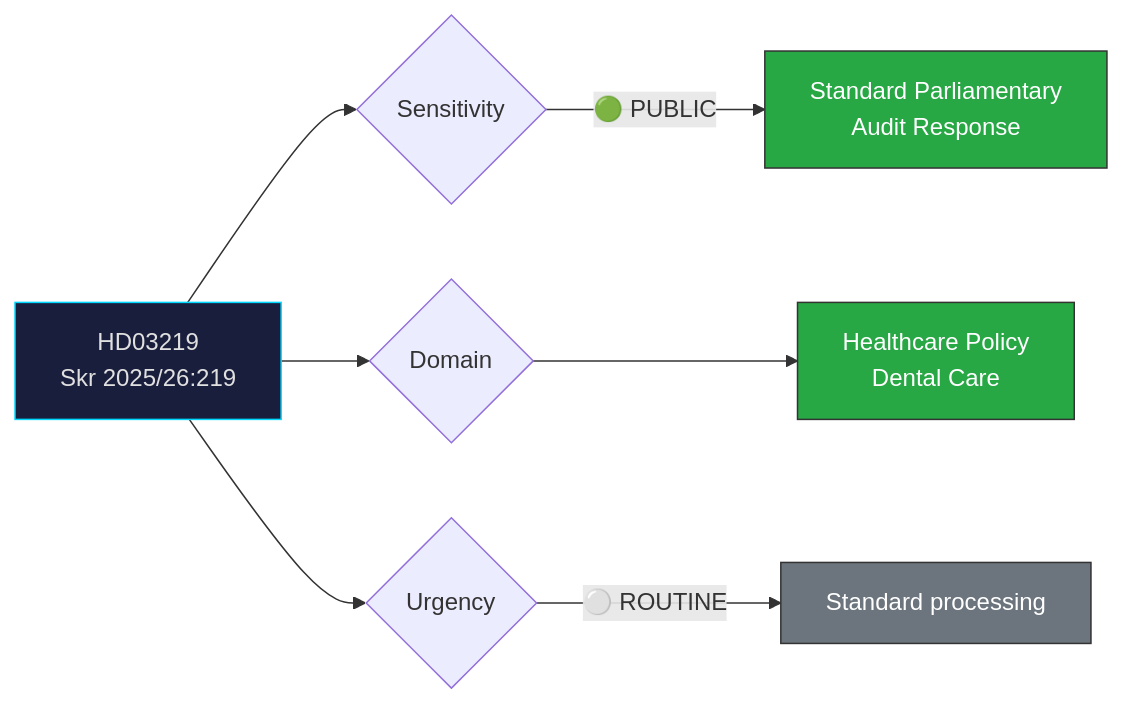
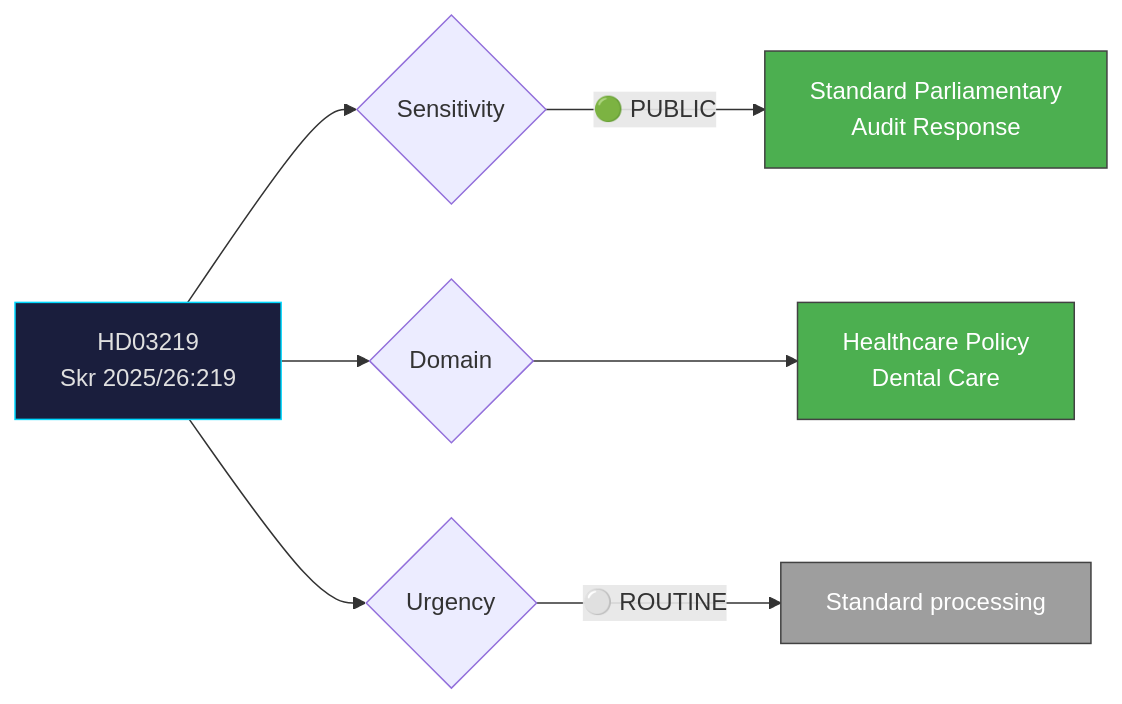
Before and after one commit to Hack23/riksdagsmonitor: the diagram in analysis/daily/2026-04-08/realtime-1027/documents/hd03219-analysis.md, drawn with Mermaid. The commit also changed 785 other files, not shown here.

First line of the commit message:
Normalize mermaid colors across 786 analysis artifacts to ISMS Style Guide palette

````diff
--- a/analysis/daily/2026-04-08/realtime-1027/documents/hd03219-analysis.md
+++ b/analysis/daily/2026-04-08/realtime-1027/documents/hd03219-analysis.md
@@ -25,16 +25,16 @@
 ```mermaid
 graph LR
     A["HD03219<br/>Skr 2025/26:219"] --> B{"Sensitivity"}
     B -->|"🟢 PUBLIC"| E["Standard Parliamentary<br/>Audit Response"]
     
     A --> G{"Domain"}
     G --> H["Healthcare Policy<br/>Dental Care"]
     
     A --> I{"Urgency"}
     I -->|"⚪ ROUTINE"| M["Standard processing"]
     
     style A fill:#1a1e3d,stroke:#00d9ff,color:#e0e0e0
-    style E fill:#28a745,stroke:#333,color:#fff
-    style H fill:#28a745,stroke:#333,color:#fff
-    style M fill:#6c757d,stroke:#333,color:#fff
+    style E fill:#4CAF50,stroke:#424242,color:#FFFFFF
+    style H fill:#4CAF50,stroke:#424242,color:#FFFFFF
+    style M fill:#9E9E9E,stroke:#424242,color:#FFFFFF
 ```
````
